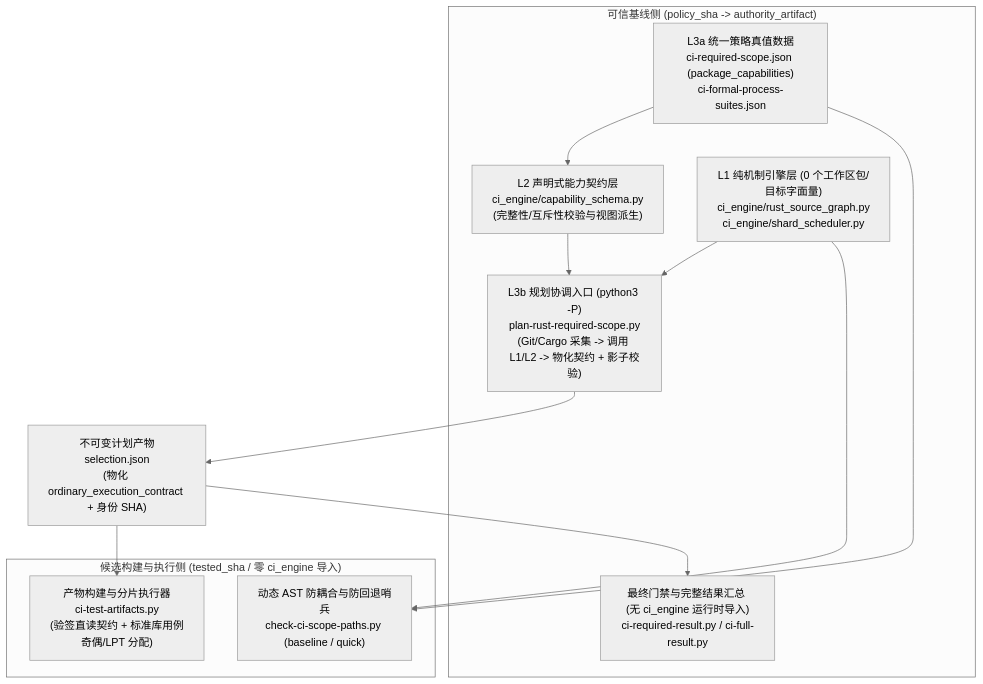
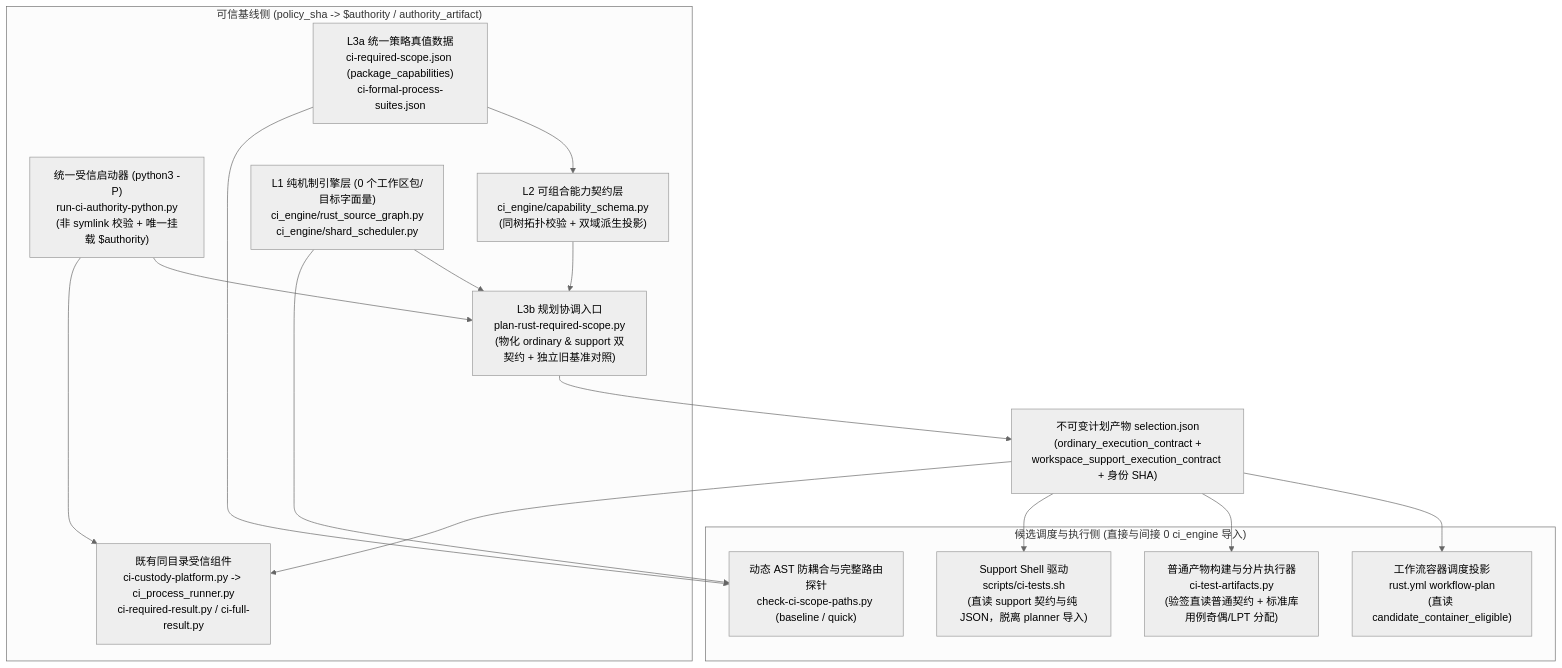
The diagram in doc/testing/ci/ci-engine-and-policy-decoupling.design.md (nil-studio/oasis7), drawn with Mermaid (neutral theme) before and after one commit. The commit also changed other lines of this file, not shown here.

Commit message:
docs(ci): finalize dual-domain schema, authority launcher, support contract, and rollback matrix

````diff
--- a/doc/testing/ci/ci-engine-and-policy-decoupling.design.md
+++ b/doc/testing/ci/ci-engine-and-policy-decoupling.design.md
@@ -74,26 +75,33 @@
 ```mermaid
 flowchart TD
-    subgraph PolicyTrusted["可信基线侧 (policy_sha -> authority_artifact)"]
+    subgraph PolicyTrusted["可信基线侧 (policy_sha -> $authority / authority_artifact)"]
         CFG["L3a 统一策略真值数据\nci-required-scope.json (package_capabilities)\nci-formal-process-suites.json"]
-        SCHEMA["L2 声明式能力契约层\nci_engine/capability_schema.py\n(完整性/互斥性校验与视图派生)"]
+        LAUNCH["统一受信启动器 (python3 -P)\nrun-ci-authority-python.py\n(非 symlink 校验 + 唯一挂载 $authority)"]
+        SCHEMA["L2 可组合能力契约层\nci_engine/capability_schema.py\n(同树拓扑校验 + 双域派生投影)"]
         ENG["L1 纯机制引擎层 (0 个工作区包/目标字面量)\nci_engine/rust_source_graph.py\nci_engine/shard_scheduler.py"]
-        PLAN["L3b 规划协调入口 (python3 -P)\nplan-rust-required-scope.py\n(Git/Cargo 采集 -> 调用 L1/L2 -> 物化契约 + 影子校验)"]
-        GATE["最终门禁与完整结果汇总 (无 ci_engine 运行时导入)\nci-required-result.py / ci-full-result.py"]
+        PLAN["L3b 规划协调入口\nplan-rust-required-scope.py\n(物化 ordinary & support 双契约 + 独立旧基准对照)"]
+        HELPERS["既有同目录受信组件\nci-custody-platform.py -> ci_process_runner.py\nci-required-result.py / ci-full-result.py"]
     end
 
-    SEL["不可变计划产物\nselection.json\n(物化 ordinary_execution_contract + 身份 SHA)"]
+    SEL["不可变计划产物 selection.json\n(ordinary_execution_contract +\nworkspace_support_execution_contract + 身份 SHA)"]
 
-    subgraph CandidateExec["候选构建与执行侧 (tested_sha / 零 ci_engine 导入)"]
-        ART["产物构建与分片执行器\nci-test-artifacts.py\n(验签直读契约 + 标准库用例奇偶/LPT 分配)"]
-        CANARY["动态 AST 防耦合与防回退哨兵\ncheck-ci-scope-paths.py (baseline / quick)"]
+    subgraph CandidateExec["候选调度与执行侧 (直接与间接 0 ci_engine 导入)"]
+        WF["工作流容器调度投影\nrust.yml workflow-plan\n(直读 candidate_container_eligible)"]
+        ART["普通产物构建与分片执行器\nci-test-artifacts.py\n(验签直读普通契约 + 标准库用例奇偶/LPT 分配)"]
+        SUP["Support Shell 驱动\nscripts/ci-tests.sh\n(直读 support 契约与纯 JSON，脱离 planner 导入)"]
+        CANARY["动态 AST 防耦合与完整路由探针\ncheck-ci-scope-paths.py (baseline / quick)"]
     end
 
+    LAUNCH --> PLAN
+    LAUNCH --> HELPERS
     CFG --> SCHEMA
     SCHEMA --> PLAN
     ENG --> PLAN
     PLAN --> SEL
+    SEL --> WF
     SEL --> ART
-    SEL --> GATE
+    SEL --> SUP
+    SEL --> HELPERS
     CFG --> CANARY
     ENG --> CANARY
 ```
````
